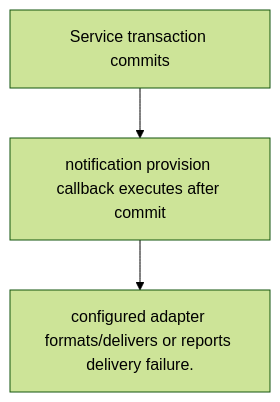
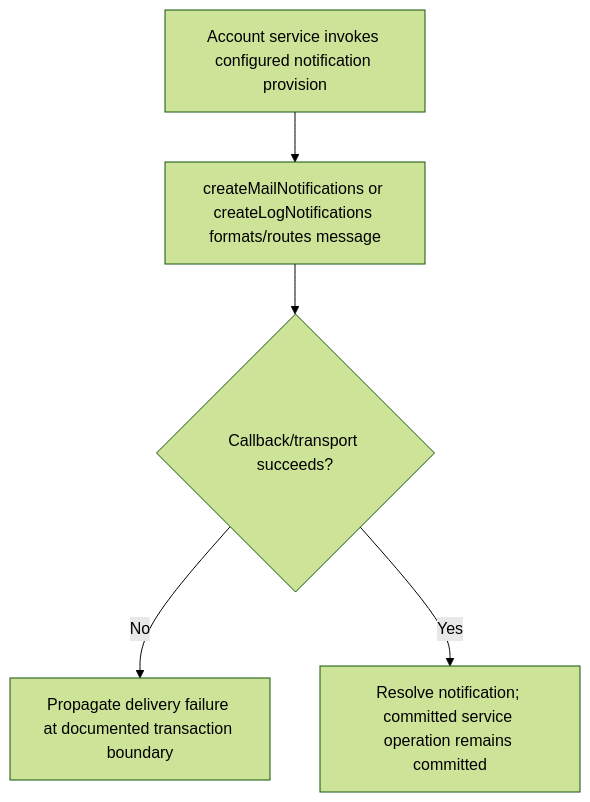
The second of 2 diagrams in user-stories/US-ACCOUNT-35-configure-notifications.md (Kevinjohn/oss-adonisjs-account-kit), drawn with Mermaid (forest theme) before and after one commit. The commit also changed other lines of this file and 29 other files, not shown here.

````diff
--- a/user-stories/US-ACCOUNT-35-configure-notifications.md
+++ b/user-stories/US-ACCOUNT-35-configure-notifications.md
@@ -33,8 +30,7 @@
 ```mermaid
 flowchart TD
-    C0["Service transaction commits"]
-    C1["notification provision callback executes after commit"]
-    C0 --> C1
-    C2["configured adapter formats/delivers or reports delivery failure."]
-    C1 --> C2
+ A["Account service invokes configured notification provision"] --> B["createMailNotifications or createLogNotifications formats/routes message"]
+ B --> C{"Callback/transport succeeds?"}
+ C -->|No| D["Propagate delivery failure at documented transaction boundary"]
+ C -->|Yes| E["Resolve notification; committed service operation remains committed"]
 ```
````
